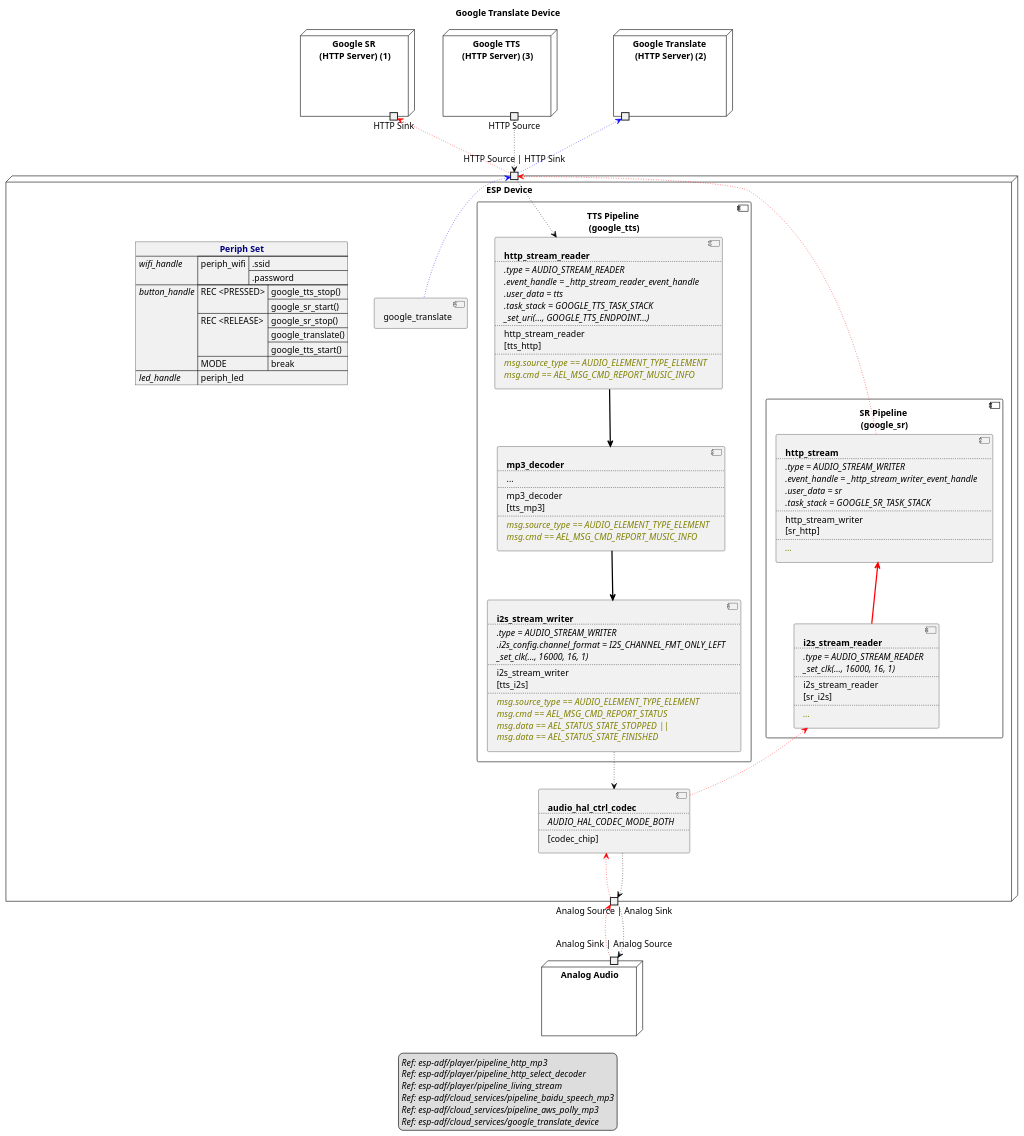
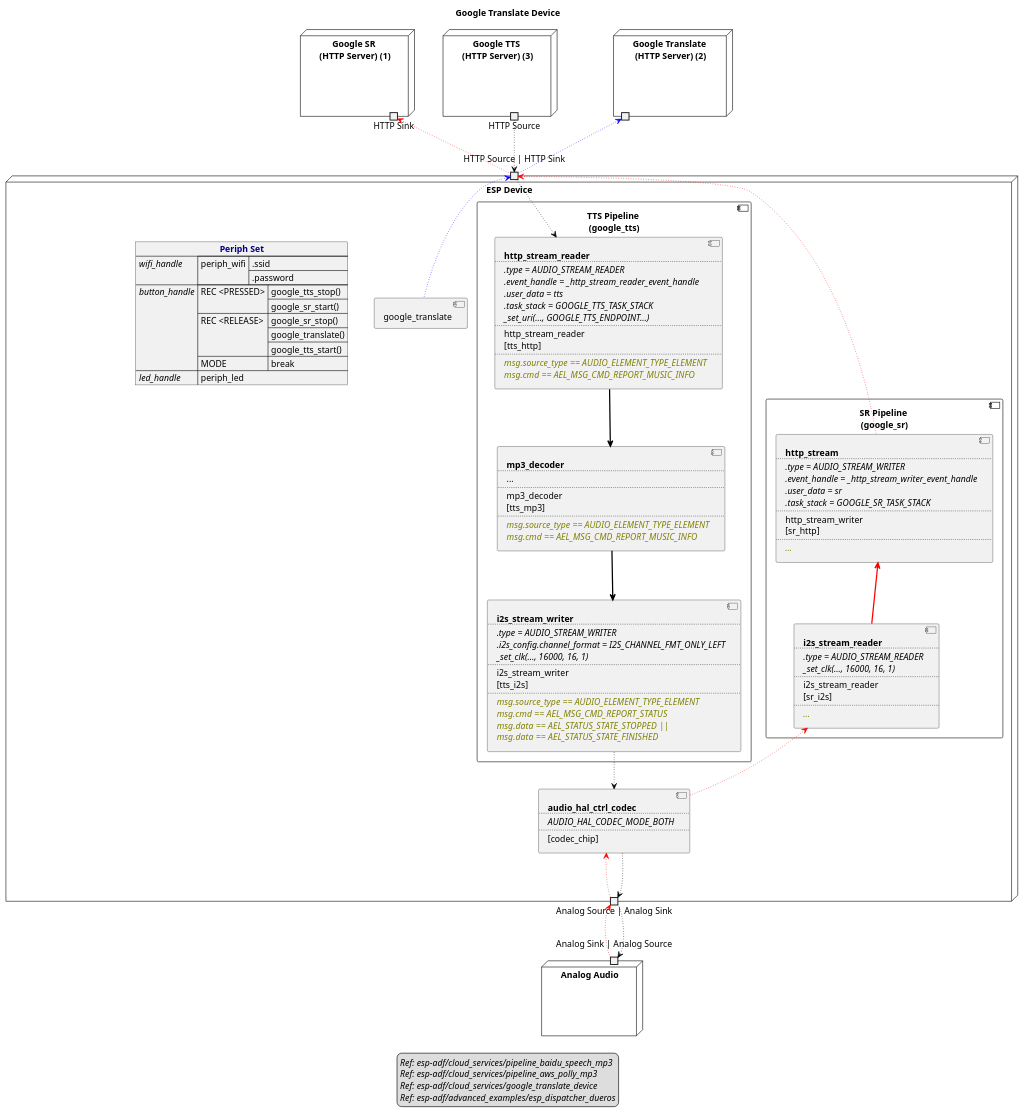
One commit to liang-zhu-zi/open-audio-adapter changed the diagram in examples/esp-adf/cloud_services/google_translate_device/audio-stream-diagram.plantuml. Above: the diagram before and after it, drawn with PlantUML. The commit also changed 2 other files, not shown here.

Commit message:
add audio flow chart

```diff
--- a/examples/esp-adf/cloud_services/google_translate_device/audio-stream-diagram.plantuml
+++ b/examples/esp-adf/cloud_services/google_translate_device/audio-stream-diagram.plantuml
@@ -1,162 +1,160 @@
 @startuml google_translate_device
 title Google Translate Device
 allowmixing
 
 legend
-//Ref: esp-adf/player/pipeline_http_mp3//
-//Ref: esp-adf/player/pipeline_http_select_decoder//
-//Ref: esp-adf/player/pipeline_living_stream//
 //Ref: esp-adf/cloud_services/pipeline_baidu_speech_mp3//
 //Ref: esp-adf/cloud_services/pipeline_aws_polly_mp3//
 //Ref: esp-adf/cloud_services/google_translate_device//
+//Ref: esp-adf/advanced_examples/esp_dispatcher_dueros//
 end legend
 
 node "Google Translate \n(HTTP Server) (2)" as GoogleTranslate  {
     portout " " as TranslateHTTPSource
 }
 
 node "Google SR \n(HTTP Server) (1)" as GoogleSR  {
     portout "HTTP Sink" as SRHTTPSink
 } 
 
 node "Google TTS \n(HTTP Server) (3)" as GoogleTTS  {
     portout "HTTP Source" as TTSHTTPSource
 }
 
 node "ESP Device" as ESPDevice  {
 
     json "<b><color navy>Periph Set" as periph_set {
         "<i>wifi_handle" : {
             "periph_wifi" : [".ssid", ".password"]
         },
         "<i>button_handle" : {
             "REC <PRESSED>" : ["google_tts_stop()", "google_sr_start()"],
             "REC <RELEASE>" : ["google_sr_stop()", "google_translate()", "google_tts_start()"],
             "MODE" : "break"
         },
         "<i>led_handle" : "periph_led"
     }
     
     portin "HTTP Source | HTTP Sink" as HTTPSourceSink
 
     component "TTS Pipeline \n(google_tts)" as TTSPipeline {
 
         component HTTPStreamReader [
             <b>http_stream_reader
             ....
             <i>.type = AUDIO_STREAM_READER
             <i>.event_handle = _http_stream_reader_event_handle
             <i>.user_data = tts
             <i>.task_stack = GOOGLE_TTS_TASK_STACK
             <i>_set_uri(..., GOOGLE_TTS_ENDPOINT...)
             ....
             http_stream_reader
             [tts_http]
             ....
             <i><color olive>msg.source_type == AUDIO_ELEMENT_TYPE_ELEMENT
             <i><color olive>msg.cmd == AEL_MSG_CMD_REPORT_MUSIC_INFO
         ]
 
         component Mp3Decoder [
             <b>mp3_decoder
             ....
             ...
             ....
             mp3_decoder
             [tts_mp3]
             ....
             <i><color olive>msg.source_type == AUDIO_ELEMENT_TYPE_ELEMENT
             <i><color olive>msg.cmd == AEL_MSG_CMD_REPORT_MUSIC_INFO
         ]
 
         component I2SStreamWriter [
             <b>i2s_stream_writer
             ....
             <i>.type = AUDIO_STREAM_WRITER
             <i>.i2s_config.channel_format = I2S_CHANNEL_FMT_ONLY_LEFT
             <i>_set_clk(..., 16000, 16, 1)
             ....
             i2s_stream_writer
             [tts_i2s]
             ....
             <i><color olive>msg.source_type == AUDIO_ELEMENT_TYPE_ELEMENT
             <i><color olive>msg.cmd == AEL_MSG_CMD_REPORT_STATUS
             <i><color olive>msg.data == AEL_STATUS_STATE_STOPPED ||
             <i><color olive>msg.data == AEL_STATUS_STATE_FINISHED
         ]
     }
 
     component "google_translate" as ESP32GoogleTranslate
 
     component "SR Pipeline \n(google_sr)" as SRPipeline {
 
         component HTTPStreamWriter [
             <b>http_stream
             ....
             <i>.type = AUDIO_STREAM_WRITER
             <i>.event_handle = _http_stream_writer_event_handle
             <i>.user_data = sr
             <i>.task_stack = GOOGLE_SR_TASK_STACK
             ....
             http_stream_writer
             [sr_http]
             ....
             <i><color olive>...
         ]
 
         component I2SStreamReader [
             <b>i2s_stream_reader
             ....
             <i>.type = AUDIO_STREAM_READER
             <i>_set_clk(..., 16000, 16, 1)
             ....
             i2s_stream_reader
             [sr_i2s]
             ....
             <i><color olive>...
         ]
     }
 
     component HALCodec [
         <b>audio_hal_ctrl_codec
         ....
         <i>AUDIO_HAL_CODEC_MODE_BOTH
         ....
         [codec_chip]
     ]
 
     portout "Analog Source | Analog Sink" as AnalogSourceSink
 } 
 
 node "Analog Audio" as AnalogAudio  {
     portin "Analog Sink | Analog Source" as AnalogSinkSource
 }
 
 
 SRHTTPSink   <-- HTTPSourceSink         #line:red;line.dotted;text:red
 
 HTTPSourceSink <-- HTTPStreamWriter     #line:red;line.dotted;text:red
 HTTPStreamWriter <-- I2SStreamReader    #line:red;line.bold;text:red
 I2SStreamReader  <-- HALCodec           #line:red;line.dotted;text:red
 HALCodec   <-- AnalogSourceSink         #line:red;line.dotted;text:red
 
 AnalogSourceSink <-- AnalogSinkSource   #line:red;line.dotted;text:red
 
 
 
 TranslateHTTPSource <-- HTTPSourceSink  #line:blue;line.dotted;text:blue
 HTTPSourceSink <-- ESP32GoogleTranslate #line:blue;line.dotted;text:blue
 
 
 
 TTSHTTPSource --> HTTPSourceSink         #line:black;line.dotted;text:black
 
 HTTPSourceSink    --> HTTPStreamReader   #line:black;line.dotted;text:black
 HTTPStreamReader  --> Mp3Decoder         #line:black;line.bold;text:black
 Mp3Decoder --> I2SStreamWriter           #line:black;line.bold;text:black
 I2SStreamWriter  --> HALCodec            #line:black;line.dotted;text:black
 HALCodec   --> AnalogSourceSink          #line:black;line.dotted;text:black
 
 AnalogSourceSink --> AnalogSinkSource    #line:black;line.dotted;text:black
 
 @enduml
```
